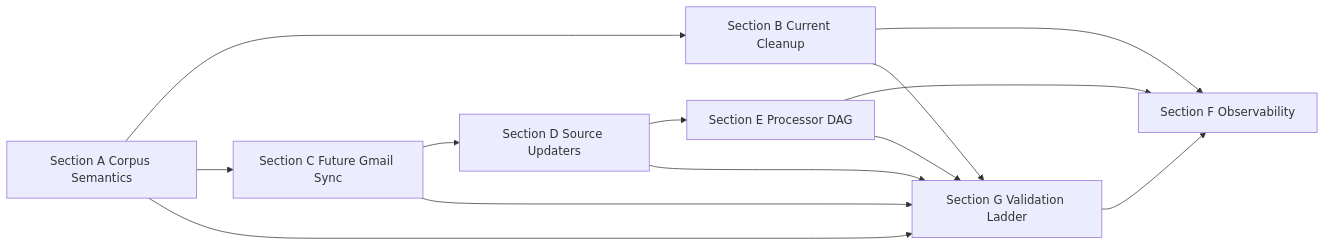
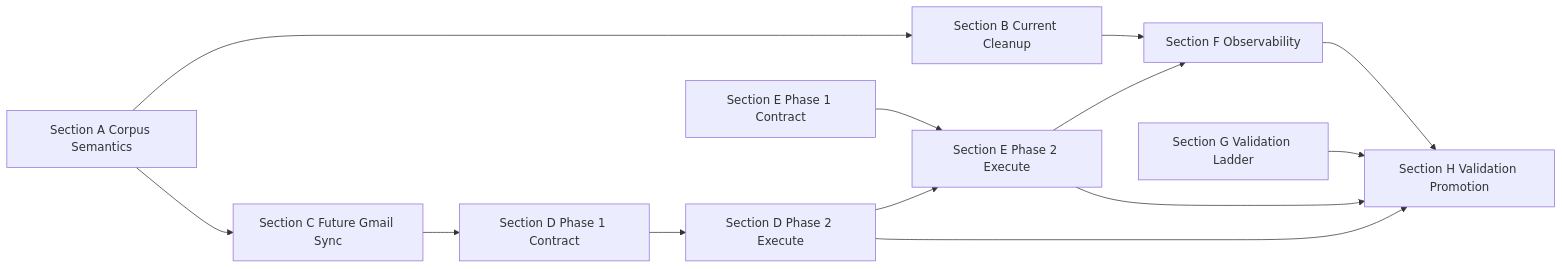
One commit to rheeger/ppa changed the second of 2 diagrams in archive_docs/vision/v2.5vision.md. Above: the diagram before and after it, drawn with Mermaid. The commit also changed other lines of this file and 11 other files, not shown here.

````diff
--- a/archive_docs/vision/v2.5vision.md
+++ b/archive_docs/vision/v2.5vision.md
@@ -391,15 +488,15 @@
 ```mermaid
 flowchart LR
   sectionA[Section A Corpus Semantics] --> sectionB[Section B Current Cleanup]
   sectionA --> sectionC[Section C Future Gmail Sync]
-  sectionC --> sectionD[Section D Source Updaters]
-  sectionD --> sectionE[Section E Processor DAG]
+  sectionC --> sectionD1[Section D Phase 1 Contract]
+  sectionD1 --> sectionD2[Section D Phase 2 Execute]
+  sectionD2 --> sectionE2[Section E Phase 2 Execute]
+  sectionE1[Section E Phase 1 Contract] --> sectionE2
   sectionB --> sectionF[Section F Observability]
-  sectionE --> sectionF
-  sectionA --> sectionG[Section G Validation Ladder]
-  sectionB --> sectionG
-  sectionC --> sectionG
-  sectionD --> sectionG
-  sectionE --> sectionG
-  sectionG --> sectionF
+  sectionE2 --> sectionF
+  sectionD2 --> sectionH[Section H Validation Promotion]
+  sectionE2 --> sectionH
+  sectionF --> sectionH
+  sectionG[Section G Validation Ladder] --> sectionH
 ```
````
